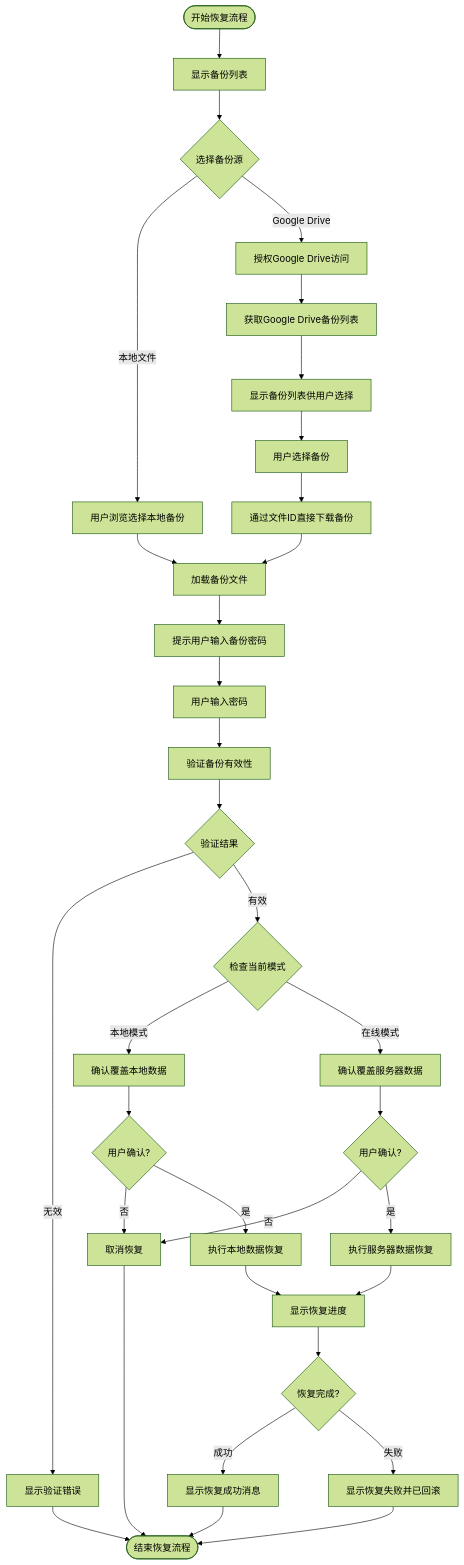
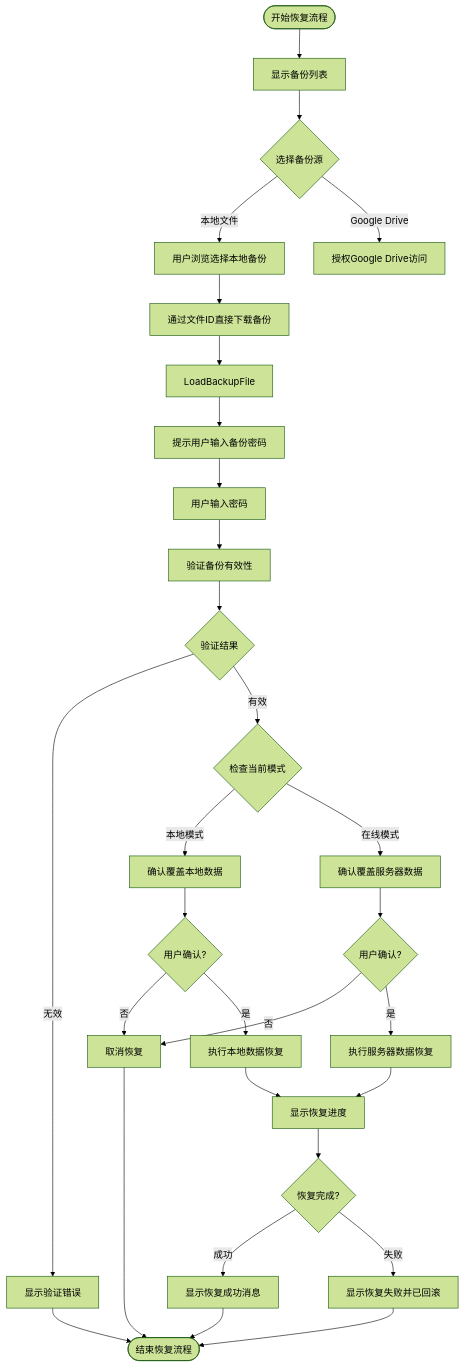
Before and after one commit to yingjianzh/iodraw-files: the diagram in all/未命名-53.md, drawn with Mermaid (forest theme).

Commit message:
2025-05-09 16:25:04 update

````diff
--- a/all/未命名-53.md
+++ b/all/未命名-53.md
@@ -1,47 +1,42 @@
 ```mermaid
 flowchart TD
     Start([开始恢复流程]) --> ShowRestoreDialog[显示备份列表]
     ShowRestoreDialog --> SelectSource{选择备份源}
     
     SelectSource -->|本地文件| BrowseLocalFile[用户浏览选择本地备份]
     SelectSource -->|Google Drive| AuthGDrive[授权Google Drive访问]
     
-    BrowseLocalFile --> LoadBackupFile[加载备份文件]
-    
-    AuthGDrive --> FetchBackupList[获取Google Drive备份列表]
-    FetchBackupList --> DisplayBackupsList[显示备份列表供用户选择]
-    DisplayBackupsList --> UserSelectsBackup[用户选择备份]
-    UserSelectsBackup --> DownloadGDriveBackup[通过文件ID直接下载备份]
+    BrowseLocalFile -->  DownloadGDriveBackup[通过文件ID直接下载备份]
     DownloadGDriveBackup --> LoadBackupFile
     
     LoadBackupFile --> PromptPassword[提示用户输入备份密码]
     PromptPassword --> UserEntersPassword[用户输入密码]
     UserEntersPassword --> ValidateBackup[验证备份有效性]
     
     ValidateBackup --> ValidationResult{验证结果}
     ValidationResult -->|无效| ShowValidationError[显示验证错误]
     ValidationResult -->|有效| CheckCurrentMode{检查当前模式}
     
     CheckCurrentMode -->|本地模式| ConfirmLocalRestore[确认覆盖本地数据]
     CheckCurrentMode -->|在线模式| ConfirmServerRestore[确认覆盖服务器数据]
     
     ConfirmLocalRestore --> UserConfirm1{用户确认?}
     UserConfirm1 -->|否| CancelRestore[取消恢复]
     UserConfirm1 -->|是| ExecuteLocalRestore[执行本地数据恢复]
     
     ConfirmServerRestore --> UserConfirm2{用户确认?}
     UserConfirm2 -->|否| CancelRestore
     UserConfirm2 -->|是| ExecuteServerRestore[执行服务器数据恢复]
     
     ExecuteLocalRestore --> ShowProgress[显示恢复进度]
     ExecuteServerRestore --> ShowProgress
     
     ShowProgress --> RestoreComplete{恢复完成?}
     RestoreComplete -->|成功| ShowSuccess[显示恢复成功消息]
     RestoreComplete -->|失败| ShowFailure[显示恢复失败并已回滚]
     
     ShowSuccess --> End([结束恢复流程])
     ShowFailure --> End
     ShowValidationError --> End
     CancelRestore --> End
 ```
````
